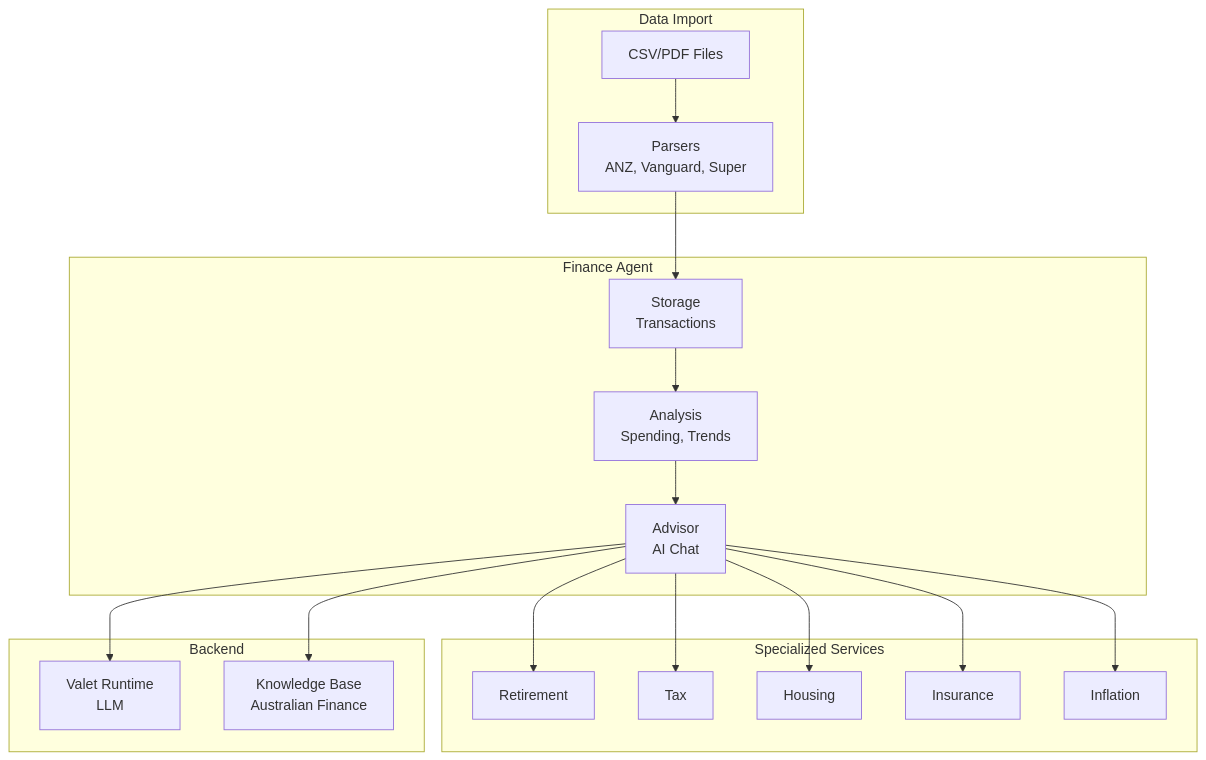
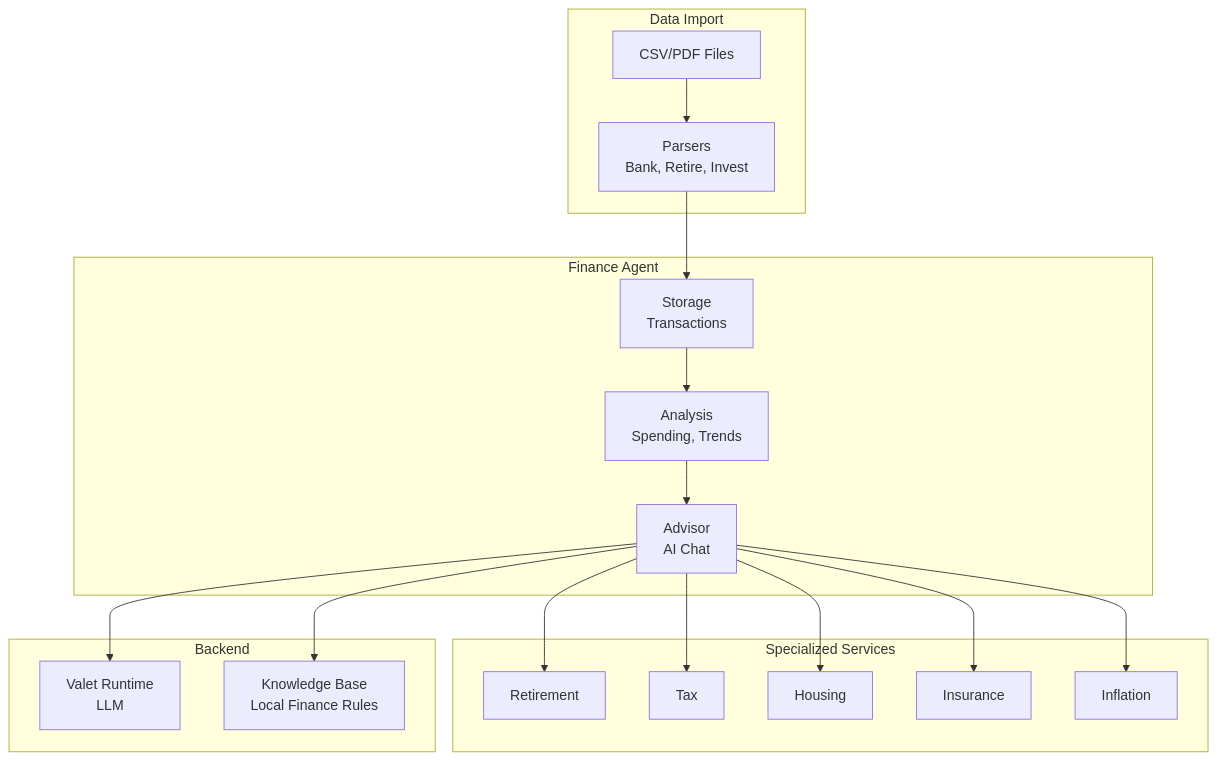
The first of 2 diagrams in content/2026-01-13-fin-agent.md (languageseed/hello_world), drawn with Mermaid before and after one commit. The commit also changed other lines of this file, not shown here.

````diff
--- a/content/2026-01-13-fin-agent.md
+++ b/content/2026-01-13-fin-agent.md
@@ -63,32 +63,32 @@
 ```mermaid
 flowchart TB
     subgraph Import["Data Import"]
         F[CSV/PDF Files]
-        P[Parsers<br/>ANZ, Vanguard, Super]
+        P[Parsers<br/>Bank, Retire, Invest]
     end
     
     subgraph Core["Finance Agent"]
         S[Storage<br/>Transactions]
         A[Analysis<br/>Spending, Trends]
         ADV[Advisor<br/>AI Chat]
     end
     
     subgraph Services["Specialized Services"]
         R[Retirement]
         T[Tax]
         H[Housing]
         I[Insurance]
         INF[Inflation]
     end
     
     subgraph Backend["Backend"]
         V[Valet Runtime<br/>LLM]
-        K[Knowledge Base<br/>Australian Finance]
+        K[Knowledge Base<br/>Local Finance Rules]
     end
     
     F --> P --> S
     S --> A --> ADV
     ADV --> R & T & H & I & INF
     ADV --> V
     ADV --> K
 ```
````
